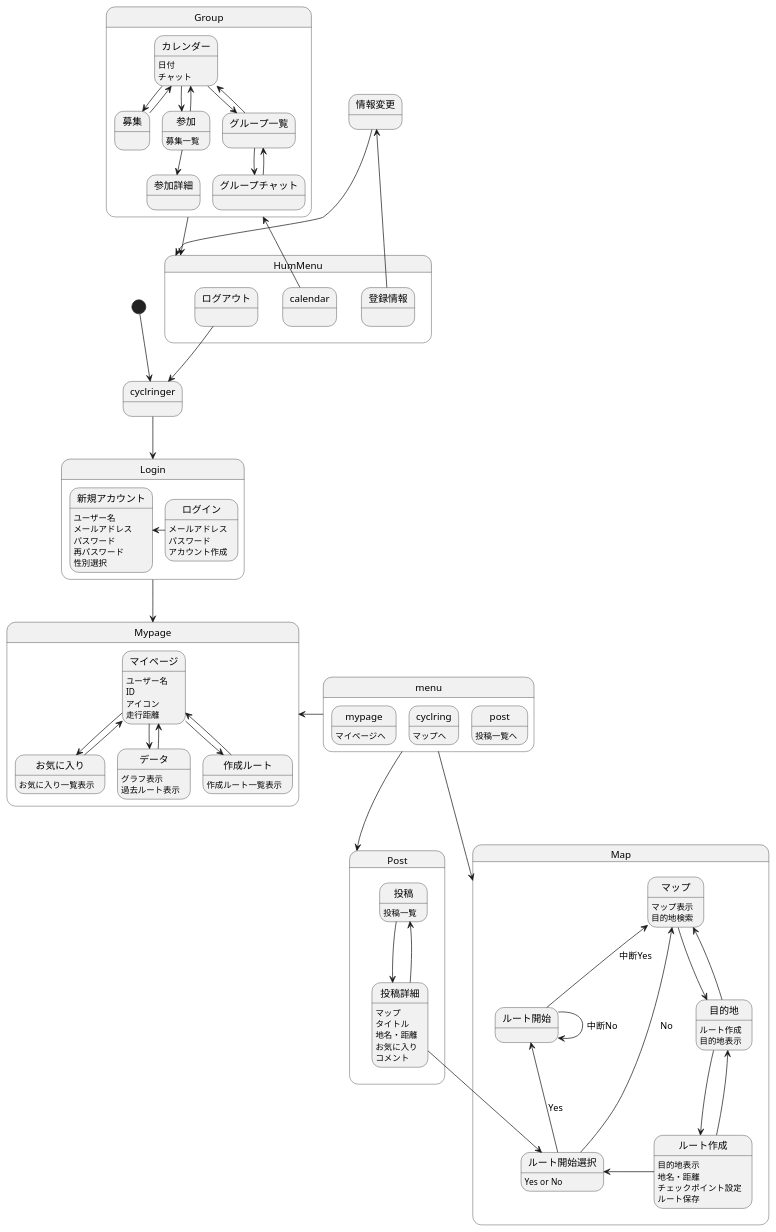
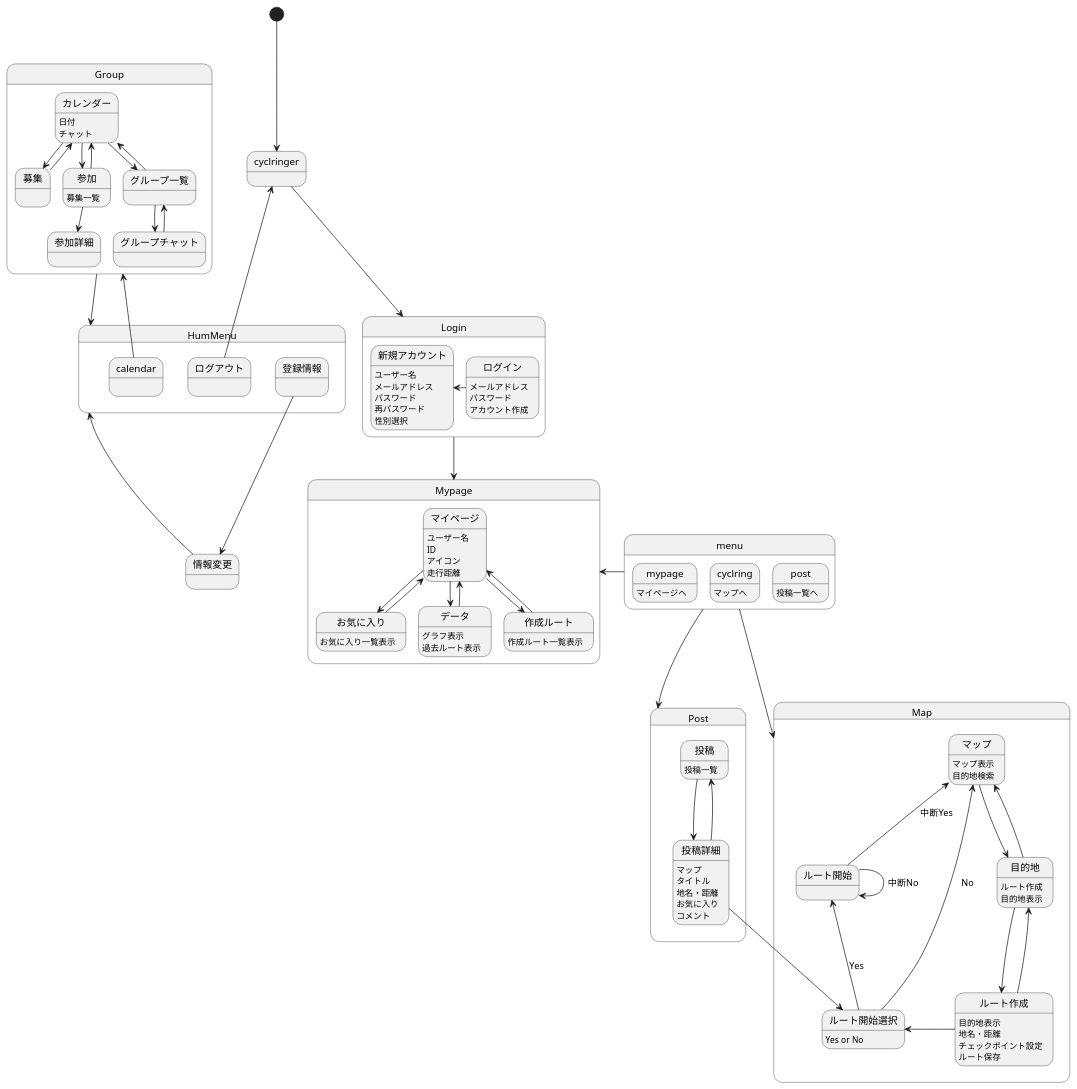
The diagram in 画面遷移図/gm.md (AsoSD3A3/CyclingSystem), drawn with PlantUML before and after one commit.

```diff
--- a/画面遷移図/gm.md
+++ b/画面遷移図/gm.md
@@ -21,7 +21,7 @@
 情報変更-->HumMenu
 calendar-up->Group
 Group-->HumMenu
-ログアウト-->cyclringer
+ログアウト-up->cyclringer
 
 state Group{
 カレンダー:日付
```
